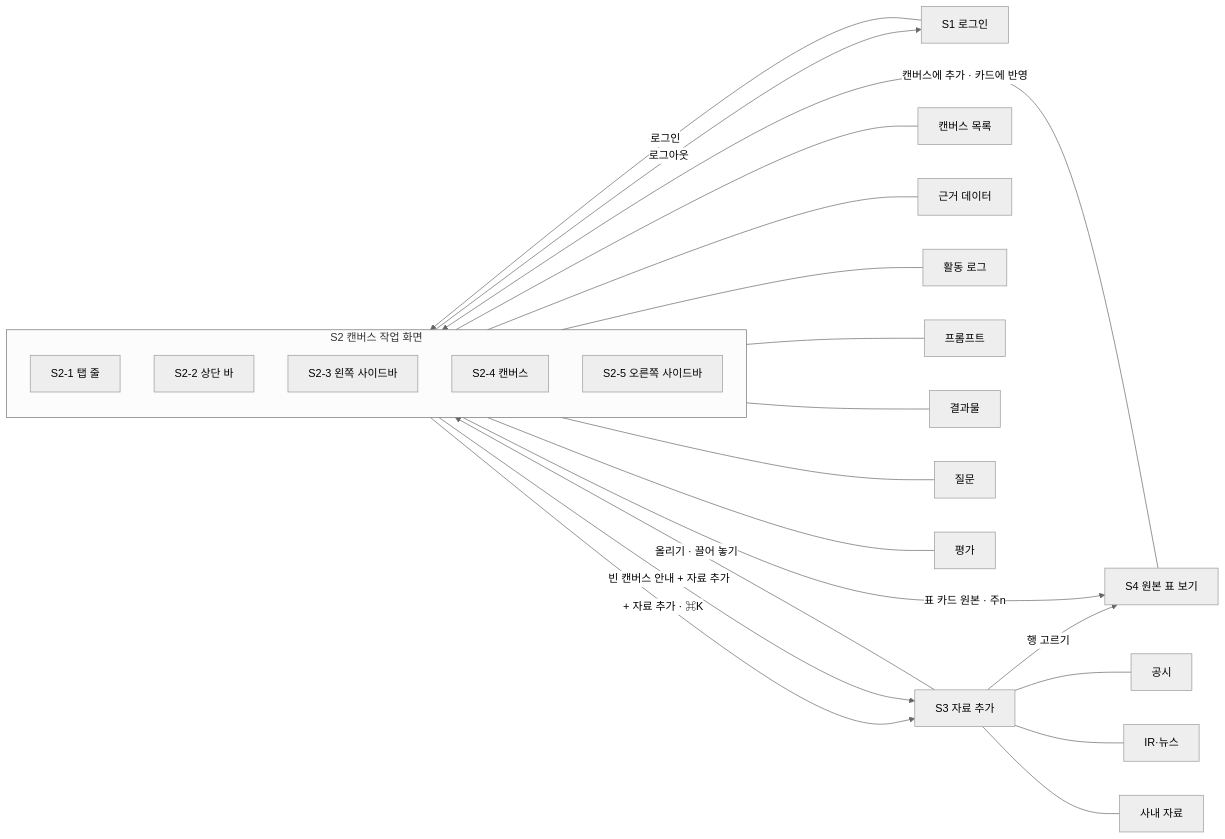
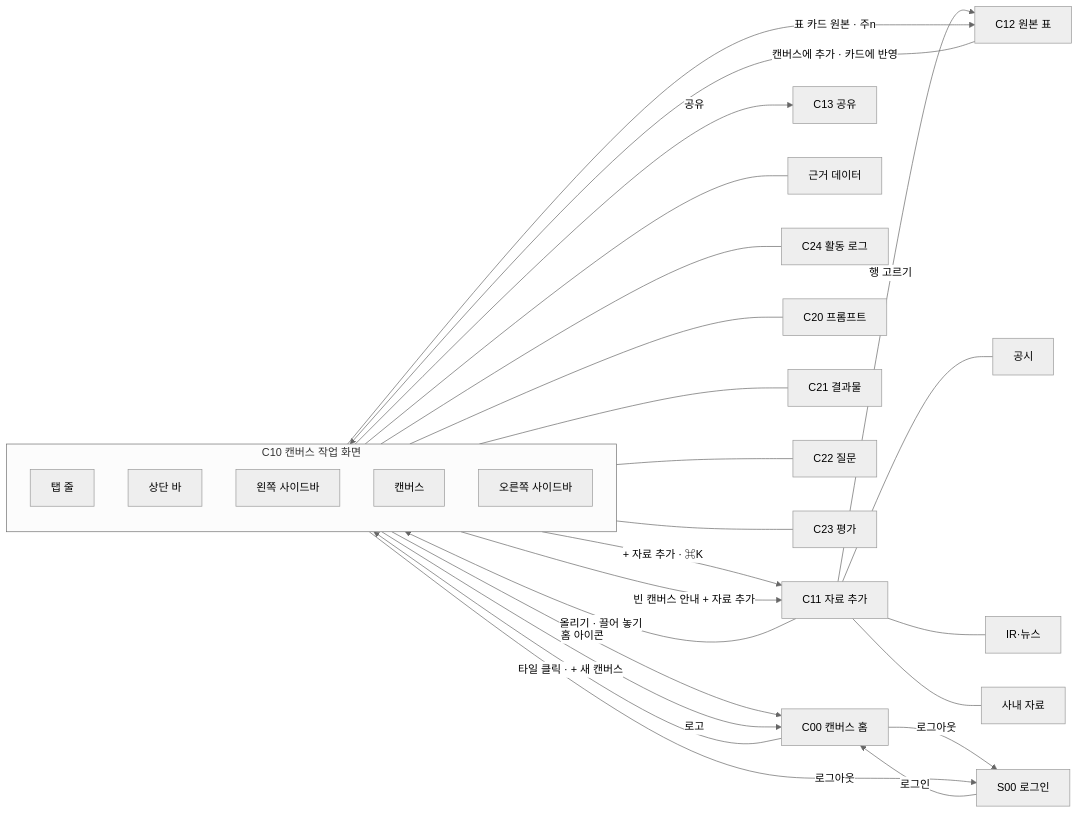
One commit to vamos-team/telescope changed the first of 12 diagrams in docs/frontend/ia.md. Above: the diagram before and after it, drawn with Mermaid (neutral theme). The commit also changed other lines of this file and 2 other files, not shown here.

````diff
--- a/docs/frontend/ia.md
+++ b/docs/frontend/ia.md
@@ -20,32 +59,36 @@
 ```mermaid
 flowchart LR
-  subgraph S2["S2 캔버스 작업 화면"]
+  S00["S00 로그인"] -->|로그인| C00["C00 캔버스 홈"]
+  C00 -->|"타일 클릭 · + 새 캔버스"| C10
+
+  subgraph C10["C10 캔버스 작업 화면"]
     direction TB
-    T["S2-1 탭 줄"]
-    B["S2-2 상단 바"]
-    LP["S2-3 왼쪽 사이드바"]
-    CV["S2-4 캔버스"]
-    RP["S2-5 오른쪽 사이드바"]
+    T["탭 줄"]
+    B["상단 바"]
+    LP["왼쪽 사이드바"]
+    CV["캔버스"]
+    RP["오른쪽 사이드바"]
   end
 
-  S1["S1 로그인"] -->|로그인| S2
+  B -->|"+ 자료 추가 · ⌘K"| C11["C11 자료 추가"]
+  CV -->|"빈 캔버스 안내 + 자료 추가"| C11
+  C11 -->|"행 고르기"| C12["C12 원본 표"]
+  CV -->|"표 카드 원본 · 주n"| C12
+  C11 -->|"올리기 · 끌어 놓기"| CV
+  C12 -->|"캔버스에 추가 · 카드에 반영"| CV
+  T -->|"홈 아이콘"| C00
+  B -->|"로고"| C00
+  B -->|"공유"| C13["C13 공유"]
+  LP -->|"로그아웃"| S00
+  C00 -->|"로그아웃"| S00
 
-  B -->|"+ 자료 추가 · ⌘K"| S3["S3 자료 추가"]
-  CV -->|"빈 캔버스 안내 + 자료 추가"| S3
-  S3 -->|"행 고르기"| S4["S4 원본 표 보기"]
-  CV -->|"표 카드 원본 · 주n"| S4
-  S3 -->|"올리기 · 끌어 놓기"| CV
-  S4 -->|"캔버스에 추가 · 카드에 반영"| CV
-  LP -->|"로그아웃"| S1
-
-  LP --- LP1["캔버스 목록"]
   LP --- LP2["근거 데이터"]
-  LP --- LP3["활동 로그"]
-  RP --- RP1["프롬프트"]
-  RP --- RP2["결과물"]
-  RP --- RP3["질문"]
-  RP --- RP4["평가"]
-  S3 --- S31["공시"]
-  S3 --- S32["IR·뉴스"]
-  S3 --- S33["사내 자료"]
+  LP --- C24["C24 활동 로그"]
+  RP --- C20["C20 프롬프트"]
+  RP --- C21["C21 결과물"]
+  RP --- C22["C22 질문"]
+  RP --- C23["C23 평가"]
+  C11 --- T1["공시"]
+  C11 --- T2["IR·뉴스"]
+  C11 --- T3["사내 자료"]
 ```
````
